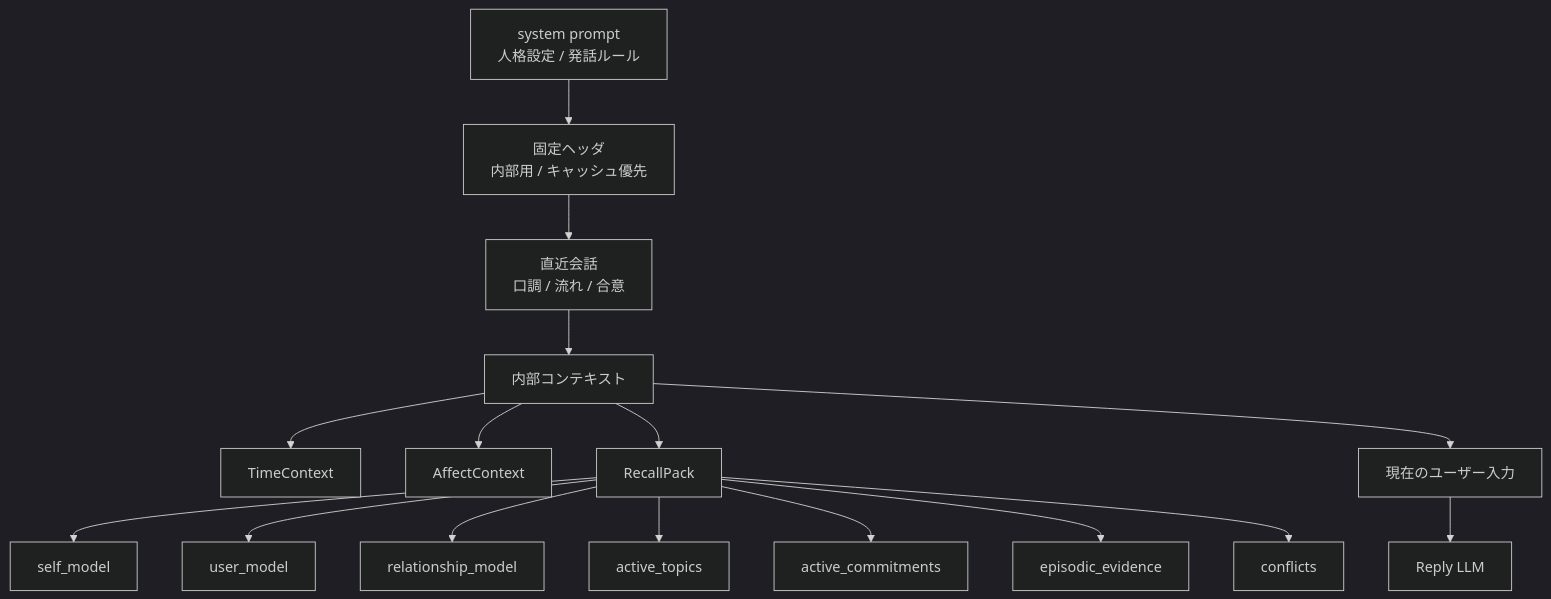
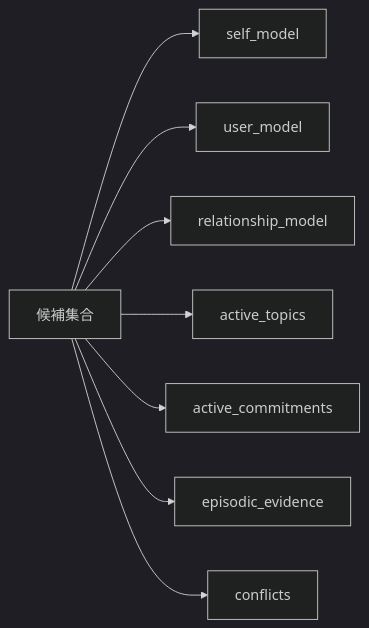
Before and after one commit to hirona98/OtomeKairo: the fourth of 4 diagrams in docs/design/memory/05_想起と判断フロー図.md, drawn with Mermaid (dark theme). The commit also changed other lines of this file and 15 other files, not shown here.

````diff
--- a/docs/design/memory/05_想起と判断フロー図.md
+++ b/docs/design/memory/05_想起と判断フロー図.md
@@ -415,18 +183,10 @@
 ```mermaid
-flowchart TB
-    A[system prompt<br/>人格設定 / 発話ルール] --> B[固定ヘッダ<br/>内部用 / キャッシュ優先]
-    B --> C[直近会話<br/>口調 / 流れ / 合意]
-    C --> D[内部コンテキスト]
-    D --> D1[TimeContext]
-    D --> D2[AffectContext]
-    D --> D3[RecallPack]
-    D3 --> D31[self_model]
-    D3 --> D32[user_model]
-    D3 --> D33[relationship_model]
-    D3 --> D34[active_topics]
-    D3 --> D35[active_commitments]
-    D3 --> D36[episodic_evidence]
-    D3 --> D37[conflicts]
-    D --> E[現在のユーザー入力]
-    E --> F[Reply LLM]
+flowchart LR
+    A[候補集合] --> B[self_model]
+    A --> C[user_model]
+    A --> D[relationship_model]
+    A --> E[active_topics]
+    A --> F[active_commitments]
+    A --> G[episodic_evidence]
+    A --> H[conflicts]
 ```
````
